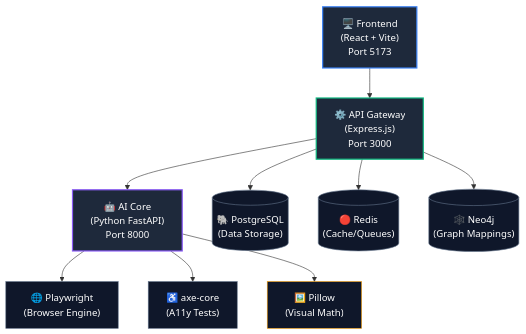
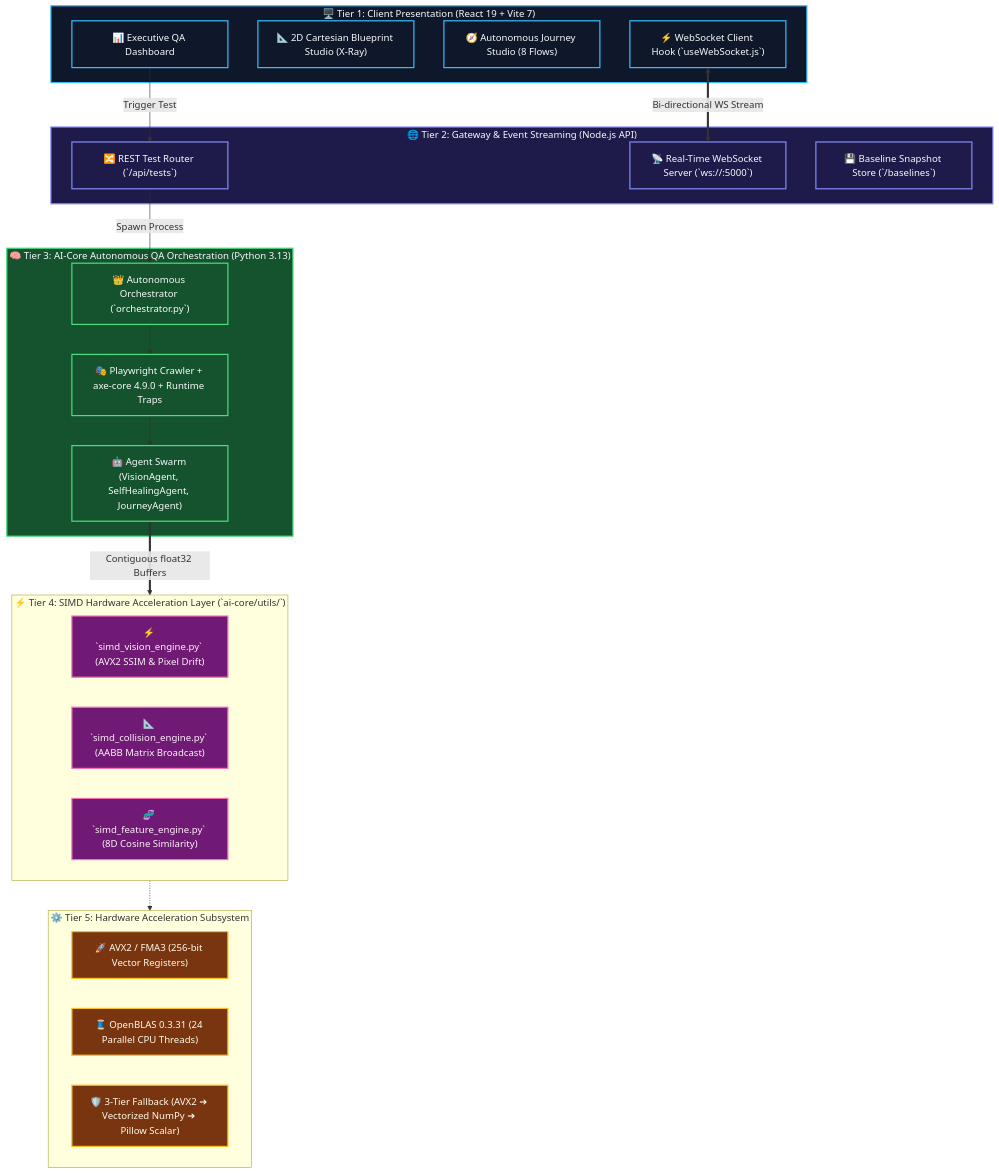
Before and after one commit to rohith2157/BUGZERO: the third of 9 diagrams in README.md, drawn with Mermaid. The commit also changed other lines of this file and 13 other files, not shown here.

Commit message:
feat: implement SIMD-accelerated vision and collision engines with NumPy-based vectorization for performance optimization

````diff
--- a/README.md
+++ b/README.md
@@ -203,23 +205,53 @@
 ```mermaid
-graph TD;
-    Frontend["🖥️ Frontend\n(React + Vite)\nPort 5173"] --> API["⚙️ API Gateway\n(Express.js)\nPort 3000"];
-    API --> AI["🤖 AI Core\n(Python FastAPI)\nPort 8000"];
-  
-    API --> DB[("🐘 PostgreSQL\n(Data Storage)")]
-    API --> Redis[("🔴 Redis\n(Cache/Queues)")]
-    API --> Neo[("🕸️ Neo4j\n(Graph Mappings)")]
-  
-    AI --> PW["🌐 Playwright\n(Browser Engine)"]
-    AI --> Axe["♿ axe-core\n(A11y Tests)"]
-    AI --> Pillow["🖼️ Pillow\n(Visual Math)"]
+flowchart TD
+    %% Styling Definitions
+    classDef clientLayer fill:#0f172a,stroke:#38bdf8,stroke-width:2px,color:#f8fafc;
+    classDef gatewayLayer fill:#1e1b4b,stroke:#818cf8,stroke-width:2px,color:#f8fafc;
+    classDef orchestratorLayer fill:#14532d,stroke:#4ade80,stroke-width:2px,color:#f8fafc;
+    classDef simdLayer fill:#701a75,stroke:#f472b6,stroke-width:2px,color:#fdf2f8;
+    classDef hardwareLayer fill:#78350f,stroke:#fbbf24,stroke-width:2px,color:#fffbeb;
 
-    style Frontend fill:#1E293B,stroke:#3B82F6,stroke-width:2px,color:#fff
-    style API fill:#1E293B,stroke:#10B981,stroke-width:2px,color:#fff
-    style AI fill:#1E293B,stroke:#8B5CF6,stroke-width:2px,color:#fff
-    style DB fill:#0F172A,stroke:#64748B,color:#fff
-    style Redis fill:#0F172A,stroke:#64748B,color:#fff
-    style Neo fill:#0F172A,stroke:#64748B,color:#fff
-    style PW fill:#0F172A,stroke:#64748B,color:#fff
-    style Axe fill:#0F172A,stroke:#64748B,color:#fff
-    style Pillow fill:#0F172A,stroke:#F59E0B,color:#fff
+    subgraph Tier1["🖥️ Tier 1: Client Presentation (React 19 + Vite 7)"]
+        UI_DASH["📊 Executive QA Dashboard"]
+        UI_BLUEPRINT["📐 2D Cartesian Blueprint Studio (X-Ray)"]
+        UI_JOURNEY["🧭 Autonomous Journey Studio (8 Flows)"]
+        UI_WS["⚡ WebSocket Client Hook (`useWebSocket.js`)"]
+    end
+    class Tier1,UI_DASH,UI_BLUEPRINT,UI_JOURNEY,UI_WS clientLayer;
+
+    subgraph Tier2["🌐 Tier 2: Gateway & Event Streaming (Node.js API)"]
+        GW_ROUTER["🔀 REST Test Router (`/api/tests`)"]
+        GW_WS["📡 Real-Time WebSocket Server (`ws://:5000`)"]
+        GW_STORAGE["💾 Baseline Snapshot Store (`/baselines`)"]
+    end
+    class Tier2,GW_ROUTER,GW_WS,GW_STORAGE gatewayLayer;
+
+    subgraph Tier3["🧠 Tier 3: AI-Core Autonomous QA Orchestration (Python 3.13)"]
+        ORCH["👑 Autonomous Orchestrator (`orchestrator.py`)"]
+        PW["🎭 Playwright Crawler + axe-core 4.9.0 + Runtime Traps"]
+        SWARM["🤖 Agent Swarm (VisionAgent, SelfHealingAgent, JourneyAgent)"]
+    end
+    class Tier3,ORCH,PW,SWARM orchestratorLayer;
+
+    subgraph Tier4["⚡ Tier 4: SIMD Hardware Acceleration Layer (`ai-core/utils/`)"]
+        SIMD_V["⚡ `simd_vision_engine.py` (AVX2 SSIM & Pixel Drift)"]
+        SIMD_C["📐 `simd_collision_engine.py` (AABB Matrix Broadcast)"]
+        SIMD_F["🧬 `simd_feature_engine.py` (8D Cosine Similarity)"]
+    end
+    class Tier4,SIMD_V,SIMD_C,SIMD_F simdLayer;
+
+    subgraph Tier5["⚙️ Tier 5: Hardware Acceleration Subsystem"]
+        HW_AVX2["🚀 AVX2 / FMA3 (256-bit Vector Registers)"]
+        HW_BLAS["🧵 OpenBLAS 0.3.31 (24 Parallel CPU Threads)"]
+        HW_FALLBACK["🛡️ 3-Tier Fallback (AVX2 ➔ Vectorized NumPy ➔ Pillow Scalar)"]
+    end
+    class Tier5,HW_AVX2,HW_BLAS,HW_FALLBACK hardwareLayer;
+
+    UI_WS <==>|Bi-directional WS Stream| GW_WS
+    UI_DASH -->|Trigger Test| GW_ROUTER
+    GW_ROUTER -->|Spawn Process| ORCH
+    ORCH --> PW
+    PW --> SWARM
+    SWARM ==>|Contiguous float32 Buffers| Tier4
+    Tier4 -.-> Tier5
 ```
````
